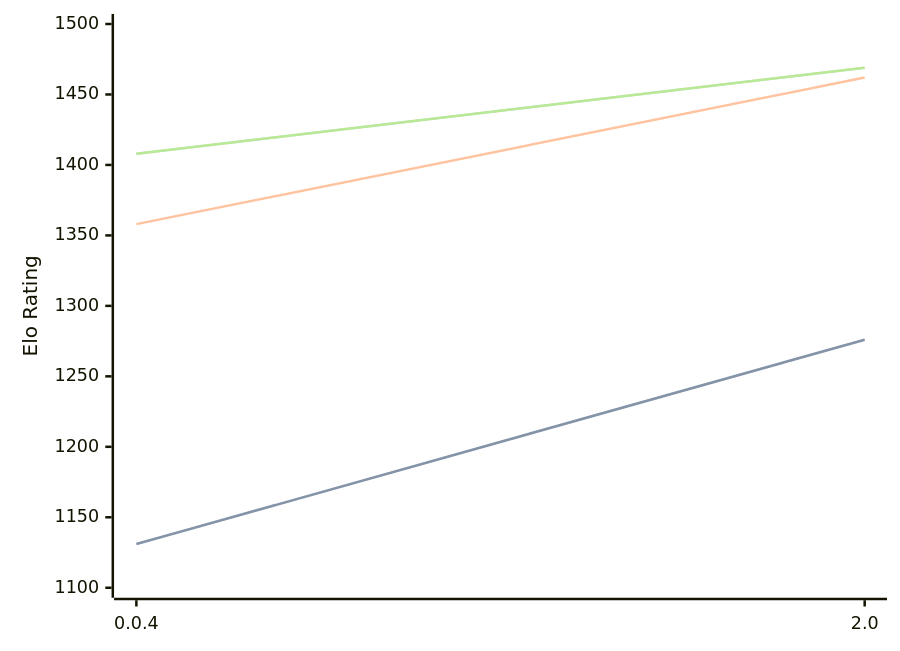
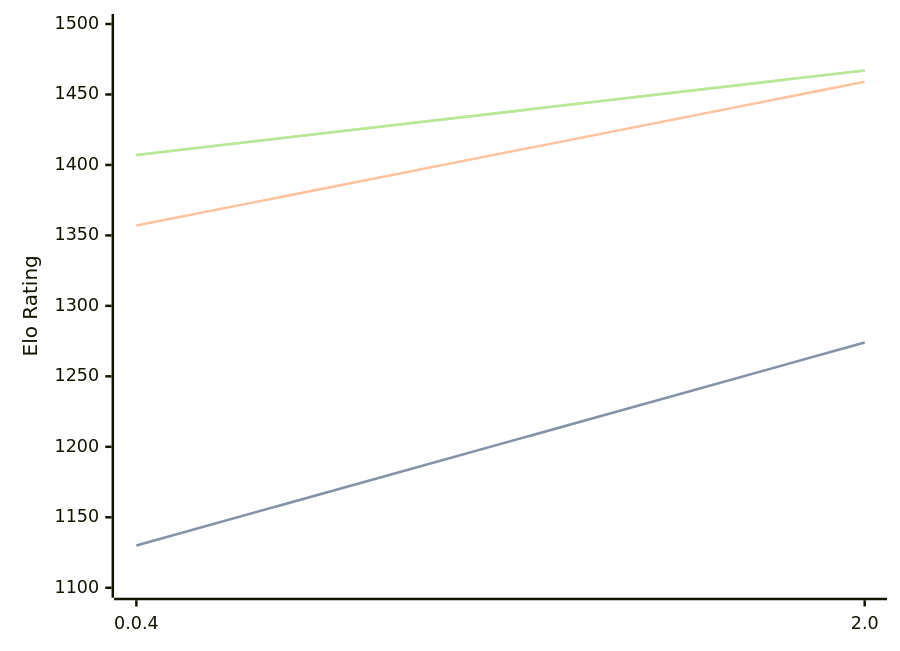
The diagram in engines/Oops!Mate.md (computer-chess-index/cci), drawn with Mermaid before and after one commit. The commit also changed other lines of this file, not shown here.

Commit message:
Update CCI Ratings (ELO VLTC) - 2026-06-07

````diff
--- a/engines/Oops!Mate.md
+++ b/engines/Oops!Mate.md
@@ -52,11 +52,11 @@
 ```mermaid
 %%{init: {"theme":"base","themeVariables":{"seriesColors:['#a3a3a3','#222221','#faa371']}}}%%
 xychart-beta
   x-axis ["0.0.4", "2.0"]
   y-axis "Elo Rating" 1100 --> 1500
-  line "STC (8.0+0.08s)" [1131, 1276]
-  line "STC (8.0+0.08s)" [1131, 1276]
-  line "LTC (60.0+0.60s)" [1358, 1462]
-  line "VLTC (2m24s+1.12s)" [1408, 1469]
-  line "VLTC (2m24s+1.12s)" [1408, 1469]
+  line "STC (8.0+0.08s)" [1130, 1274]
+  line "STC (8.0+0.08s)" [1130, 1274]
+  line "LTC (60.0+0.60s)" [1357, 1459]
+  line "VLTC (2m24s+1.12s)" [1407, 1467]
+  line "VLTC (2m24s+1.12s)" [1407, 1467]
 ```
````
